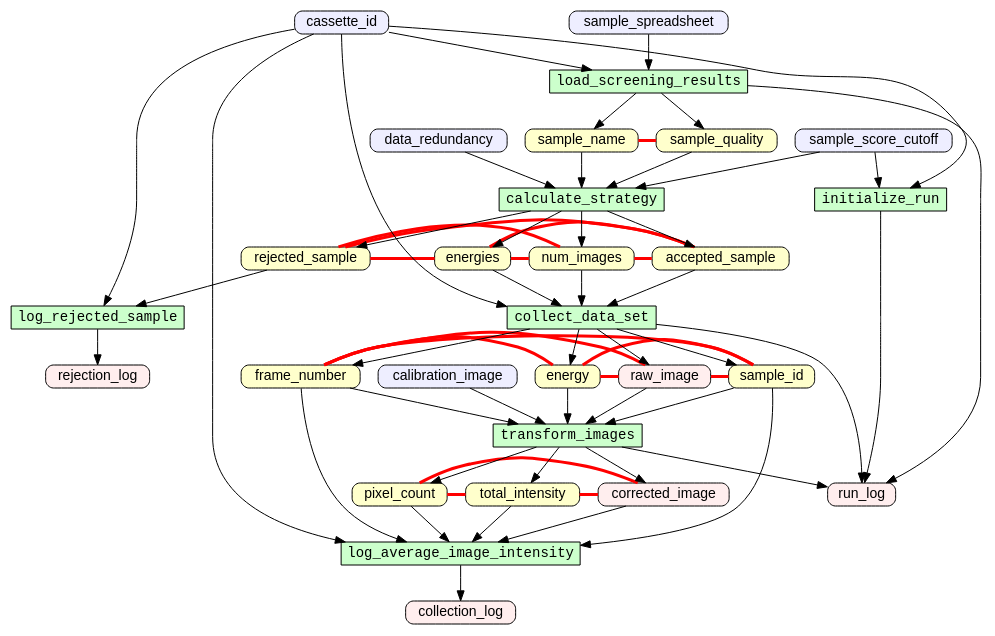
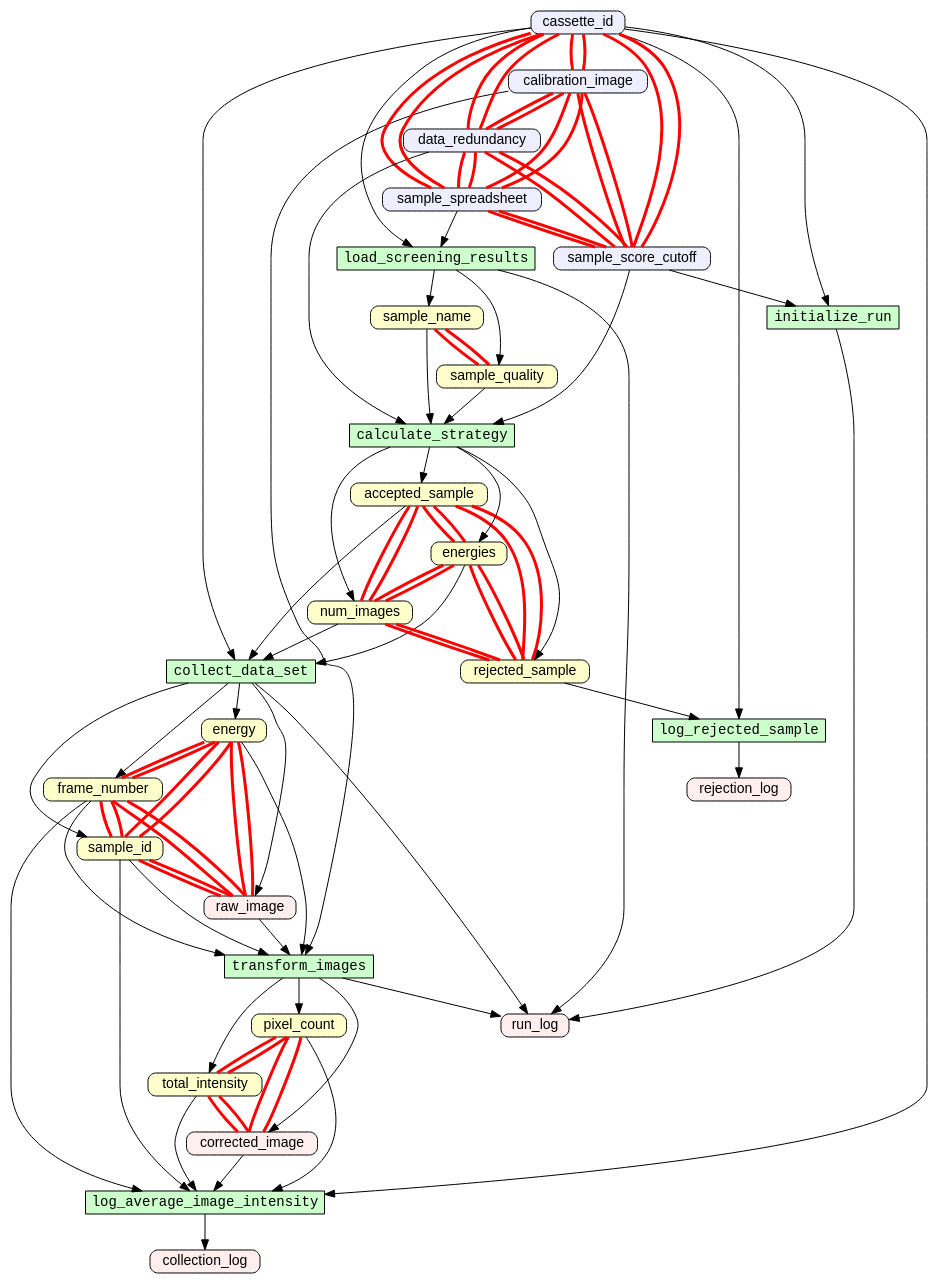
Before and after one commit to yesworkflow-org/yw-tapp-17-assert: the diagram in toy-examples/examples/simulate_data_collection/g.gv, drawn with Graphviz. The commit also changed 4 other files, not shown here.

Commit message:
simulate_data_collection upEQV; double; constraint=true

```diff
--- a/toy-examples/examples/simulate_data_collection/g.gv
+++ b/toy-examples/examples/simulate_data_collection/g.gv
@@ -1,93 +1,129 @@
 digraph {
 rankdir=TB
 node [shape=box,fontname=Helvetica,fontsize=14,height=0,width=0]
 edge [fontname=Helvetica,fontsize=12]
 "accepted_sample"[style="filled,rounded" fillcolor="#FFFFCC",label="accepted_sample"]
 "energies"[style="filled,rounded" fillcolor="#FFFFCC",label="energies"]
 "energy"[style="filled,rounded" fillcolor="#FFFFCC",label="energy"]
 "frame_number"[style="filled,rounded" fillcolor="#FFFFCC",label="frame_number"]
 "num_images"[style="filled,rounded" fillcolor="#FFFFCC",label="num_images"]
 "pixel_count"[style="filled,rounded" fillcolor="#FFFFCC",label="pixel_count"]
 "rejected_sample"[style="filled,rounded" fillcolor="#FFFFCC",label="rejected_sample"]
 "sample_id"[style="filled,rounded" fillcolor="#FFFFCC",label="sample_id"]
 "sample_name"[style="filled,rounded" fillcolor="#FFFFCC",label="sample_name"]
 "sample_quality"[style="filled,rounded" fillcolor="#FFFFCC",label="sample_quality"]
 "total_intensity"[style="filled,rounded" fillcolor="#FFFFCC",label="total_intensity"]
 "collection_log"[style="filled,rounded" fillcolor="#FFEEEE",label="collection_log"]
 "corrected_image"[style="filled,rounded" fillcolor="#FFEEEE",label="corrected_image"]
 "raw_image"[style="filled,rounded" fillcolor="#FFEEEE",label="raw_image"]
 "rejection_log"[style="filled,rounded" fillcolor="#FFEEEE",label="rejection_log"]
 "run_log"[style="filled,rounded" fillcolor="#FFEEEE",label="run_log"]
 "calibration_image"[style="filled,rounded" fillcolor="#EEEEFF",label="calibration_image"]
 "cassette_id"[style="filled,rounded" fillcolor="#EEEEFF",label="cassette_id"]
 "data_redundancy"[style="filled,rounded" fillcolor="#EEEEFF",label="data_redundancy"]
 "sample_score_cutoff"[style="filled,rounded" fillcolor="#EEEEFF",label="sample_score_cutoff"]
 "sample_spreadsheet"[style="filled,rounded" fillcolor="#EEEEFF",label="sample_spreadsheet"]
 "calculate_strategy"[style="filled" fontname=Courier fillcolor="#CCFFCC",label="calculate_strategy"]
 "collect_data_set"[style="filled" fontname=Courier fillcolor="#CCFFCC",label="collect_data_set"]
 "initialize_run"[style="filled" fontname=Courier fillcolor="#CCFFCC",label="initialize_run"]
 "load_screening_results"[style="filled" fontname=Courier fillcolor="#CCFFCC",label="load_screening_results"]
 "log_average_image_intensity"[style="filled" fontname=Courier fillcolor="#CCFFCC",label="log_average_image_intensity"]
 "log_rejected_sample"[style="filled" fontname=Courier fillcolor="#CCFFCC",label="log_rejected_sample"]
 "transform_images"[style="filled" fontname=Courier fillcolor="#CCFFCC",label="transform_images"]
 accepted_sample -> collect_data_set [color="#000000"]
 calculate_strategy -> accepted_sample [color="#000000"]
 calculate_strategy -> energies [color="#000000"]
 calculate_strategy -> num_images [color="#000000"]
 calculate_strategy -> rejected_sample [color="#000000"]
 calibration_image -> transform_images [color="#000000"]
 cassette_id -> collect_data_set [color="#000000"]
 cassette_id -> initialize_run [color="#000000"]
 cassette_id -> load_screening_results [color="#000000"]
 cassette_id -> log_average_image_intensity [color="#000000"]
 cassette_id -> log_rejected_sample [color="#000000"]
 collect_data_set -> energy [color="#000000"]
 collect_data_set -> frame_number [color="#000000"]
 collect_data_set -> raw_image [color="#000000"]
 collect_data_set -> run_log [color="#000000"]
 collect_data_set -> sample_id [color="#000000"]
 corrected_image -> log_average_image_intensity [color="#000000"]
 data_redundancy -> calculate_strategy [color="#000000"]
 energies -> collect_data_set [color="#000000"]
 energy -> transform_images [color="#000000"]
 frame_number -> log_average_image_intensity [color="#000000"]
 frame_number -> transform_images [color="#000000"]
 initialize_run -> run_log [color="#000000"]
 load_screening_results -> run_log [color="#000000"]
 load_screening_results -> sample_name [color="#000000"]
 load_screening_results -> sample_quality [color="#000000"]
 log_average_image_intensity -> collection_log [color="#000000"]
 log_rejected_sample -> rejection_log [color="#000000"]
 num_images -> collect_data_set [color="#000000"]
 pixel_count -> log_average_image_intensity [color="#000000"]
 raw_image -> transform_images [color="#000000"]
 rejected_sample -> log_rejected_sample [color="#000000"]
 sample_id -> log_average_image_intensity [color="#000000"]
 sample_id -> transform_images [color="#000000"]
 sample_name -> calculate_strategy [color="#000000"]
 sample_quality -> calculate_strategy [color="#000000"]
 sample_score_cutoff -> calculate_strategy [color="#000000"]
 sample_score_cutoff -> initialize_run [color="#000000"]
 sample_spreadsheet -> load_screening_results [color="#000000"]
 total_intensity -> log_average_image_intensity [color="#000000"]
 transform_images -> corrected_image [color="#000000"]
 transform_images -> pixel_count [color="#000000"]
 transform_images -> run_log [color="#000000"]
 transform_images -> total_intensity [color="#000000"]
-energies -> accepted_sample [constraint=false color="#FF0000" dir=none penwidth=3]
-frame_number -> energy [constraint=false color="#FF0000" dir=none penwidth=3]
-num_images -> accepted_sample [constraint=false color="#FF0000" dir=none penwidth=3]
-num_images -> energies [constraint=false color="#FF0000" dir=none penwidth=3]
-pixel_count -> corrected_image [constraint=false color="#FF0000" dir=none penwidth=3]
-raw_image -> energy [constraint=false color="#FF0000" dir=none penwidth=3]
-raw_image -> frame_number [constraint=false color="#FF0000" dir=none penwidth=3]
-rejected_sample -> accepted_sample [constraint=false color="#FF0000" dir=none penwidth=3]
-rejected_sample -> energies [constraint=false color="#FF0000" dir=none penwidth=3]
-rejected_sample -> num_images [constraint=false color="#FF0000" dir=none penwidth=3]
-sample_id -> energy [constraint=false color="#FF0000" dir=none penwidth=3]
-sample_id -> frame_number [constraint=false color="#FF0000" dir=none penwidth=3]
-sample_id -> raw_image [constraint=false color="#FF0000" dir=none penwidth=3]
-sample_quality -> sample_name [constraint=false color="#FF0000" dir=none penwidth=3]
-total_intensity -> corrected_image [constraint=false color="#FF0000" dir=none penwidth=3]
-total_intensity -> pixel_count [constraint=false color="#FF0000" dir=none penwidth=3]
+accepted_sample -> energies [constraint=true color="#FF0000" dir=none penwidth=3]
+accepted_sample -> num_images [constraint=true color="#FF0000" dir=none penwidth=3]
+accepted_sample -> rejected_sample [constraint=true color="#FF0000" dir=none penwidth=3]
+calibration_image -> cassette_id [constraint=true color="#FF0000" dir=none penwidth=3]
+calibration_image -> data_redundancy [constraint=true color="#FF0000" dir=none penwidth=3]
+calibration_image -> sample_score_cutoff [constraint=true color="#FF0000" dir=none penwidth=3]
+calibration_image -> sample_spreadsheet [constraint=true color="#FF0000" dir=none penwidth=3]
+cassette_id -> calibration_image [constraint=true color="#FF0000" dir=none penwidth=3]
+cassette_id -> data_redundancy [constraint=true color="#FF0000" dir=none penwidth=3]
+cassette_id -> sample_score_cutoff [constraint=true color="#FF0000" dir=none penwidth=3]
+cassette_id -> sample_spreadsheet [constraint=true color="#FF0000" dir=none penwidth=3]
+corrected_image -> pixel_count [constraint=true color="#FF0000" dir=none penwidth=3]
+corrected_image -> total_intensity [constraint=true color="#FF0000" dir=none penwidth=3]
+data_redundancy -> calibration_image [constraint=true color="#FF0000" dir=none penwidth=3]
+data_redundancy -> cassette_id [constraint=true color="#FF0000" dir=none penwidth=3]
+data_redundancy -> sample_score_cutoff [constraint=true color="#FF0000" dir=none penwidth=3]
+data_redundancy -> sample_spreadsheet [constraint=true color="#FF0000" dir=none penwidth=3]
+energies -> accepted_sample [constraint=true color="#FF0000" dir=none penwidth=3]
+energies -> num_images [constraint=true color="#FF0000" dir=none penwidth=3]
+energies -> rejected_sample [constraint=true color="#FF0000" dir=none penwidth=3]
+energy -> frame_number [constraint=true color="#FF0000" dir=none penwidth=3]
+energy -> raw_image [constraint=true color="#FF0000" dir=none penwidth=3]
+energy -> sample_id [constraint=true color="#FF0000" dir=none penwidth=3]
+frame_number -> energy [constraint=true color="#FF0000" dir=none penwidth=3]
+frame_number -> raw_image [constraint=true color="#FF0000" dir=none penwidth=3]
+frame_number -> sample_id [constraint=true color="#FF0000" dir=none penwidth=3]
+num_images -> accepted_sample [constraint=true color="#FF0000" dir=none penwidth=3]
+num_images -> energies [constraint=true color="#FF0000" dir=none penwidth=3]
+num_images -> rejected_sample [constraint=true color="#FF0000" dir=none penwidth=3]
+pixel_count -> corrected_image [constraint=true color="#FF0000" dir=none penwidth=3]
+pixel_count -> total_intensity [constraint=true color="#FF0000" dir=none penwidth=3]
+raw_image -> energy [constraint=true color="#FF0000" dir=none penwidth=3]
+raw_image -> frame_number [constraint=true color="#FF0000" dir=none penwidth=3]
+raw_image -> sample_id [constraint=true color="#FF0000" dir=none penwidth=3]
+rejected_sample -> accepted_sample [constraint=true color="#FF0000" dir=none penwidth=3]
+rejected_sample -> energies [constraint=true color="#FF0000" dir=none penwidth=3]
+rejected_sample -> num_images [constraint=true color="#FF0000" dir=none penwidth=3]
+sample_id -> energy [constraint=true color="#FF0000" dir=none penwidth=3]
+sample_id -> frame_number [constraint=true color="#FF0000" dir=none penwidth=3]
+sample_id -> raw_image [constraint=true color="#FF0000" dir=none penwidth=3]
+sample_name -> sample_quality [constraint=true color="#FF0000" dir=none penwidth=3]
+sample_quality -> sample_name [constraint=true color="#FF0000" dir=none penwidth=3]
+sample_score_cutoff -> calibration_image [constraint=true color="#FF0000" dir=none penwidth=3]
+sample_score_cutoff -> cassette_id [constraint=true color="#FF0000" dir=none penwidth=3]
+sample_score_cutoff -> data_redundancy [constraint=true color="#FF0000" dir=none penwidth=3]
+sample_score_cutoff -> sample_spreadsheet [constraint=true color="#FF0000" dir=none penwidth=3]
+sample_spreadsheet -> calibration_image [constraint=true color="#FF0000" dir=none penwidth=3]
+sample_spreadsheet -> cassette_id [constraint=true color="#FF0000" dir=none penwidth=3]
+sample_spreadsheet -> data_redundancy [constraint=true color="#FF0000" dir=none penwidth=3]
+sample_spreadsheet -> sample_score_cutoff [constraint=true color="#FF0000" dir=none penwidth=3]
+total_intensity -> corrected_image [constraint=true color="#FF0000" dir=none penwidth=3]
+total_intensity -> pixel_count [constraint=true color="#FF0000" dir=none penwidth=3]
 }
```
